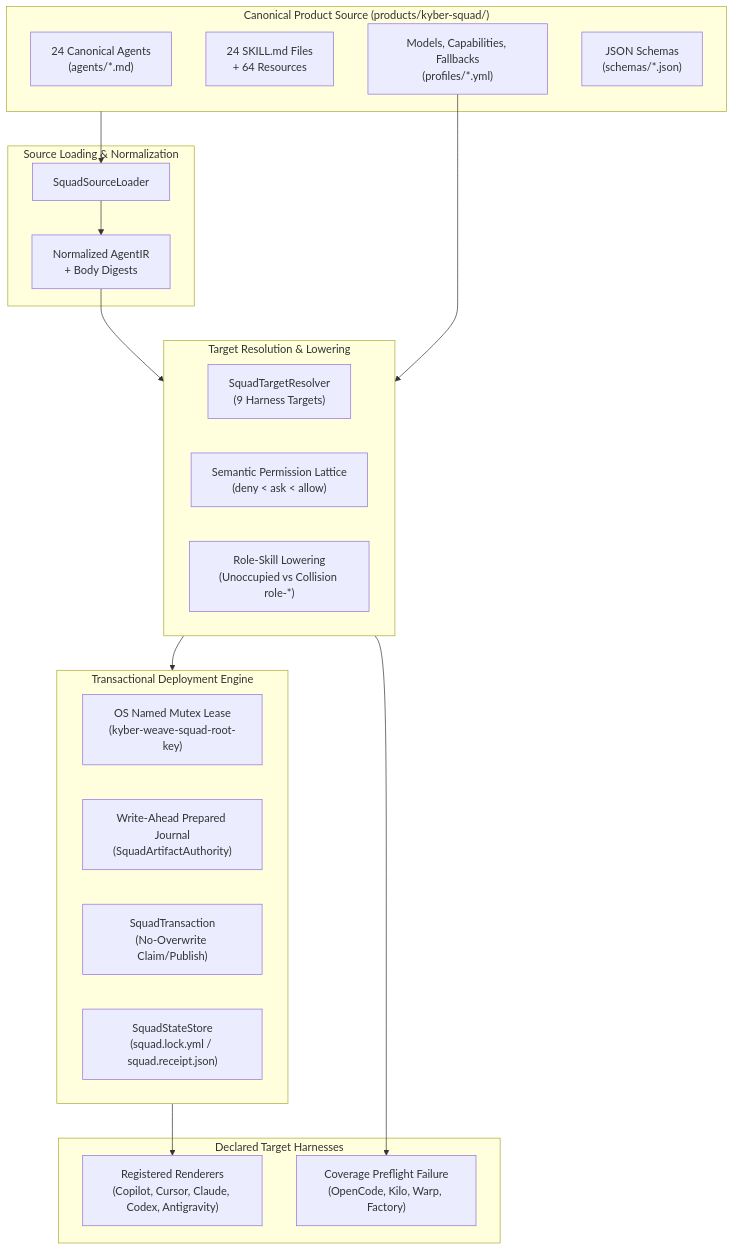
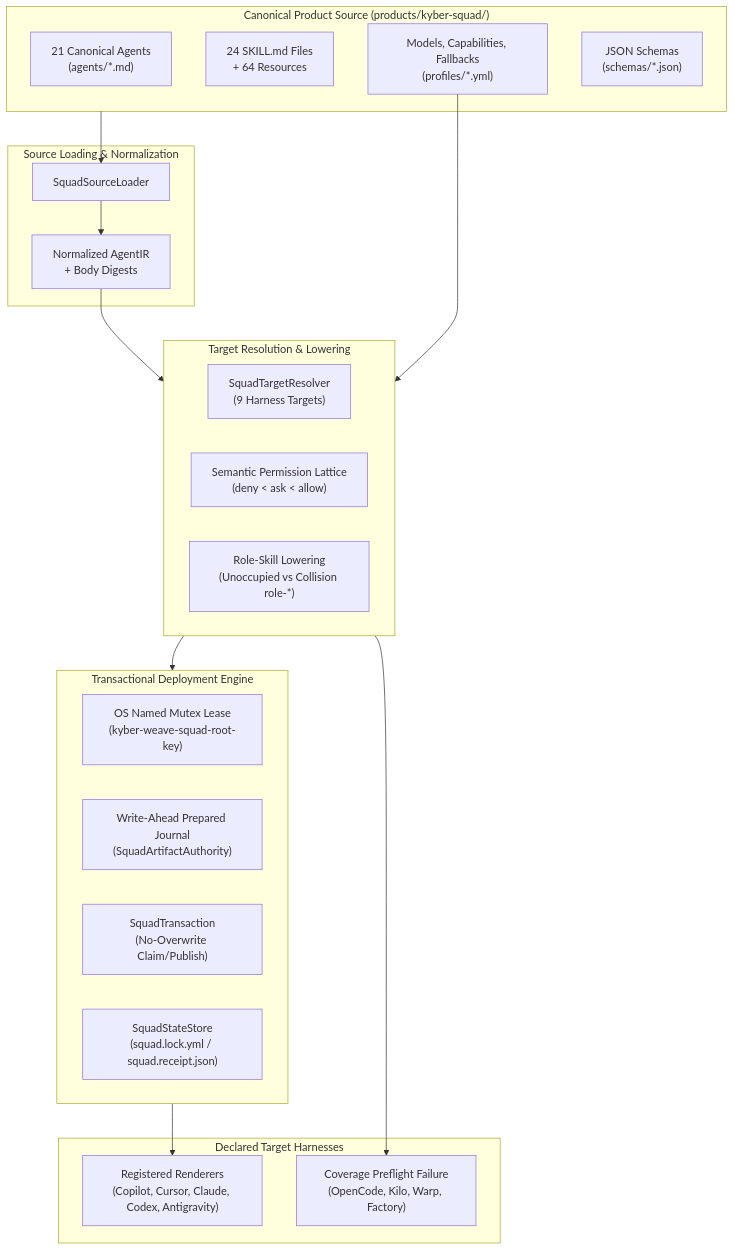
One commit to dpalfery/kyber-weave changed the first of 4 diagrams in docs/kyber-squad/architecture.md. Above: the diagram before and after it, drawn with Mermaid. The commit also changed other lines of this file and 118 other files, not shown here.

````diff
--- a/docs/kyber-squad/architecture.md
+++ b/docs/kyber-squad/architecture.md
@@ -41,40 +43,40 @@
 ```mermaid
 flowchart TD
     subgraph CanonicalSource["Canonical Product Source (products/kyber-squad/)"]
-        Agents["24 Canonical Agents\n(agents/*.md)"]
+        Agents["21 Canonical Agents\n(agents/*.md)"]
         Skills["24 SKILL.md Files\n+ 64 Resources"]
         Profiles["Models, Capabilities, Fallbacks\n(profiles/*.yml)"]
         Schemas["JSON Schemas\n(schemas/*.json)"]
     end
 
     subgraph Loader["Source Loading & Normalization"]
         SquadSourceLoader["SquadSourceLoader"]
         AgentIR["Normalized AgentIR\n+ Body Digests"]
     end
 
     subgraph Compiler["Target Resolution & Lowering"]
         SquadTargetResolver["SquadTargetResolver\n(9 Harness Targets)"]
         Lattice["Semantic Permission Lattice\n(deny < ask < allow)"]
         Lowering["Role-Skill Lowering\n(Unoccupied vs Collision role-*)"]
     end
 
     subgraph DeploymentEngine["Transactional Deployment Engine"]
         Mutex["OS Named Mutex Lease\n(kyber-weave-squad-root-key)"]
         Journal["Write-Ahead Prepared Journal\n(SquadArtifactAuthority)"]
         Transaction["SquadTransaction\n(No-Overwrite Claim/Publish)"]
         StateStore["SquadStateStore\n(squad.lock.yml / squad.receipt.json)"]
     end
 
     subgraph TargetHarnesses["Declared Target Harnesses"]
         RegisteredTargets["Registered Renderers\n(Copilot, Cursor, Claude, Codex, Antigravity)"]
         UnsupportedTargets["Coverage Preflight Failure\n(OpenCode, Kilo, Warp, Factory)"]
     end
 
     CanonicalSource --> SquadSourceLoader
     SquadSourceLoader --> AgentIR
     AgentIR --> Compiler
     Profiles --> Compiler
     Compiler --> DeploymentEngine
     DeploymentEngine --> RegisteredTargets
     Compiler --> UnsupportedTargets
 ```
````
